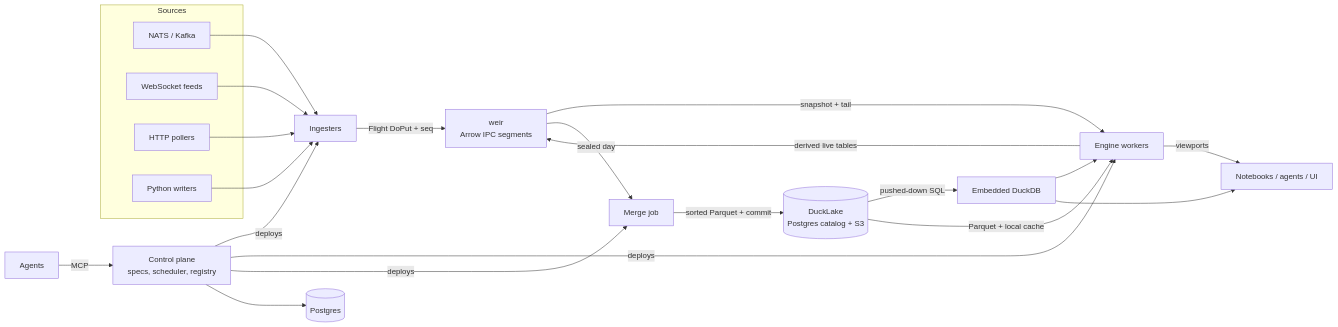
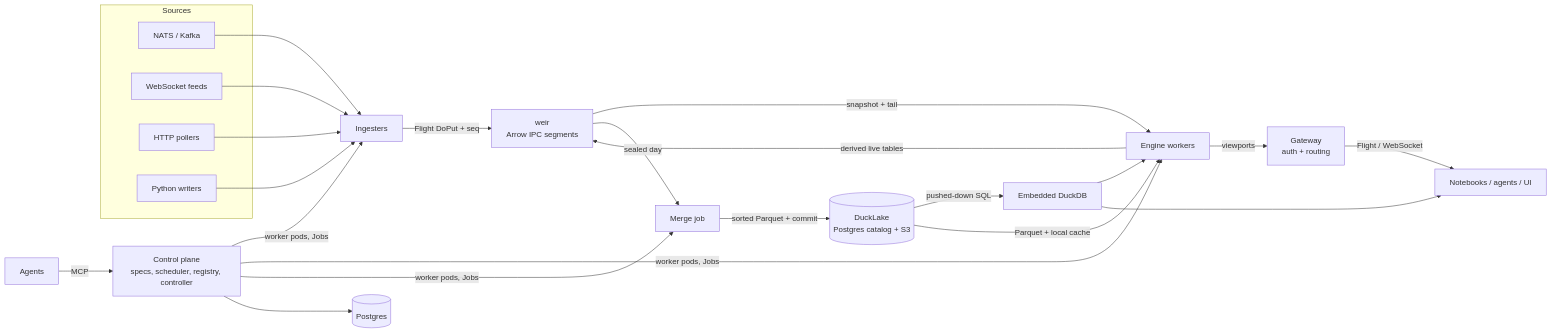
The diagram in docs/architecture.md (reecetec/kermodes), drawn with Mermaid before and after one commit. The commit also changed other lines of this file, not shown here.

Commit message:
Spec: OIDC/RBAC, first-class schema evolution, Helm + controller-managed worker pods

````diff
--- a/docs/architecture.md
+++ b/docs/architecture.md
@@ -74,22 +78,22 @@
 ```mermaid
 flowchart LR
   subgraph Sources
     S1[NATS / Kafka]
     S2[WebSocket feeds]
     S3[HTTP pollers]
     S4[Python writers]
   end
   ING[Ingesters] -->|Flight DoPut + seq| W[weir\nArrow IPC segments]
   S1 & S2 & S3 & S4 --> ING
   W -->|snapshot + tail| EW[Engine workers]
   EW -->|derived live tables| W
-  EW -->|viewports| C[Notebooks / agents / UI]
+  EW -->|viewports| GWY[Gateway\nauth + routing] -->|Flight / WebSocket| C[Notebooks / agents / UI]
   W -->|sealed day| M[Merge job]
   M -->|sorted Parquet + commit| LK[(DuckLake\nPostgres catalog + S3)]
   LK -->|pushed-down SQL| DDB[Embedded DuckDB]
   LK -->|Parquet + local cache| EW
   DDB --> EW & C
-  CP[Control plane\nspecs, scheduler, registry] -->|deploys| ING & EW & M
+  CP[Control plane\nspecs, scheduler, registry, controller] -->|worker pods, Jobs| ING & EW & M
   CP --> PG[(Postgres)]
   AG[Agents] -->|MCP| CP
 ```
````
